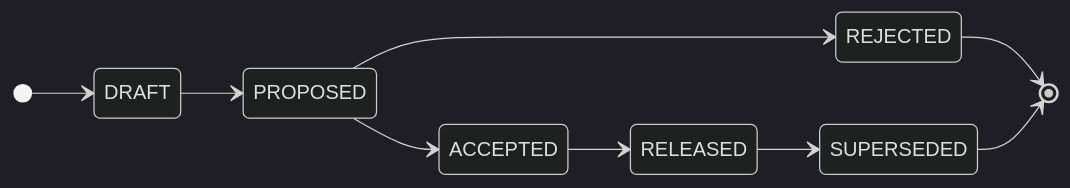
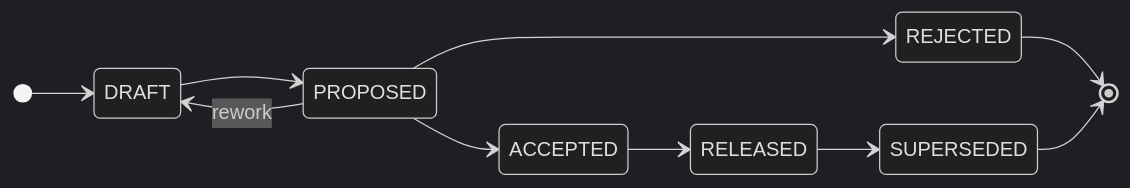
One commit to kieranpotts/specs changed the diagram in CONTRIBUTING.md. Above: the diagram before and after it, drawn with Mermaid (dark theme). The commit also changed other lines of this file and 2 other files, not shown here.

Commit message:
chore: allow proposed -> draft transition

````diff
--- a/CONTRIBUTING.md
+++ b/CONTRIBUTING.md
@@ -77,12 +77,13 @@
 ```mermaid
 stateDiagram-v2
   direction LR
   [*] --> DRAFT
   DRAFT --> PROPOSED
+  PROPOSED --> DRAFT: rework
   PROPOSED --> ACCEPTED
   PROPOSED --> REJECTED
   ACCEPTED --> RELEASED
   RELEASED --> SUPERSEDED
   REJECTED --> [*]
   SUPERSEDED --> [*]
 ```
````
